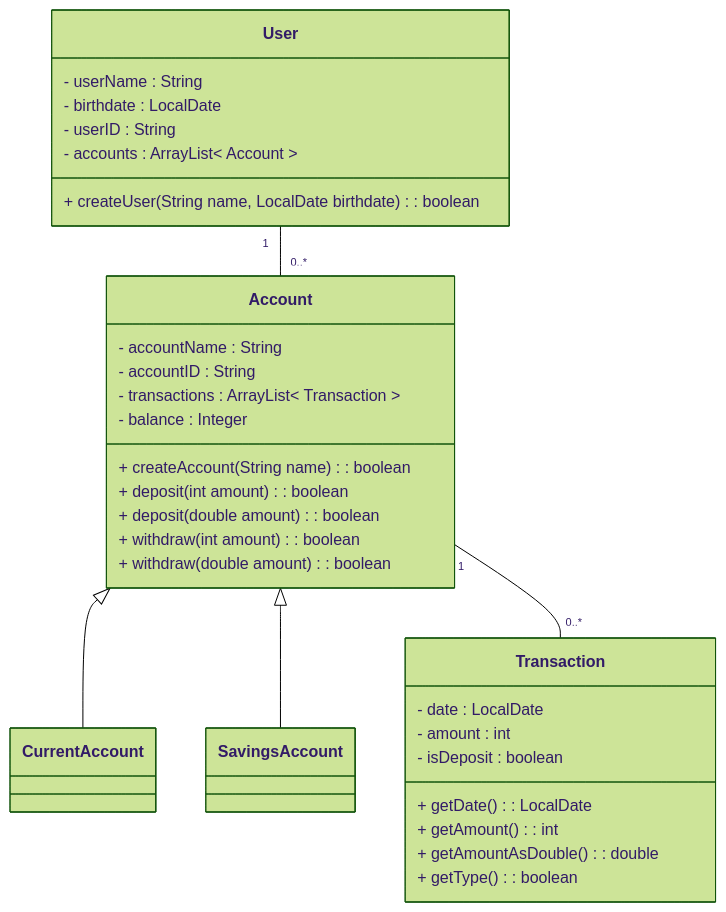
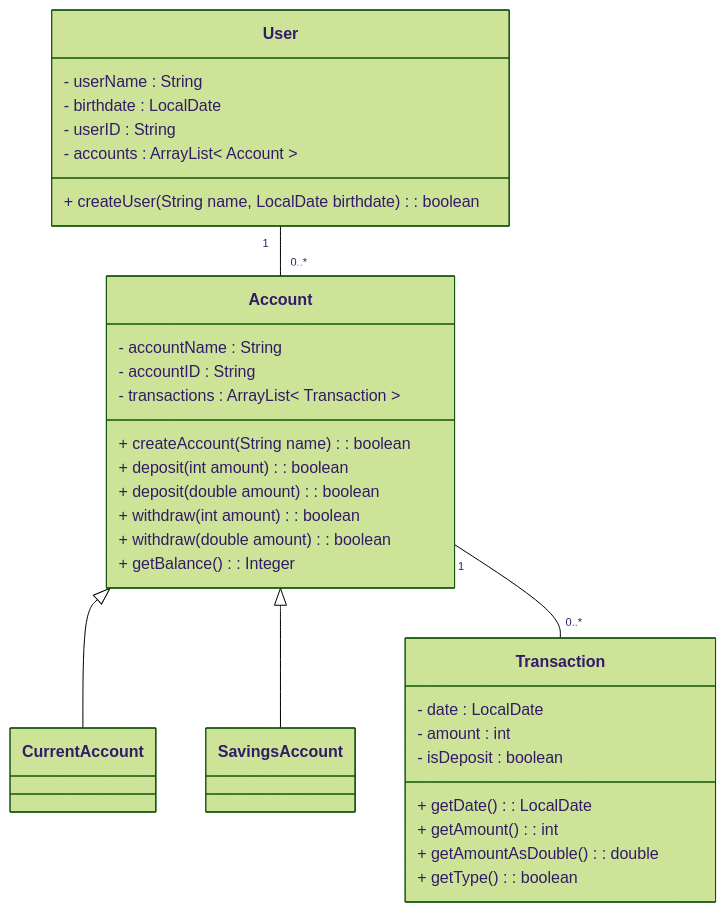
Before and after one commit to boolean-uk/java-tdd-oop-bank-challenge: the diagram in class-diagram.md, drawn with Mermaid (forest theme). The commit also changed 3 other files, not shown here.

`````diff
--- a/class-diagram.md
+++ b/class-diagram.md
@@ -1,41 +1,41 @@
 ````mermaid
 classDiagram
     class User{
         - userName : String
         - birthdate : LocalDate
         - userID : String
         - accounts : ArrayList< Account >
         + createUser(String name, LocalDate birthdate) : boolean
     }
     class Account{
         - accountName : String
         - accountID : String
         - transactions : ArrayList< Transaction >
-        - balance : Integer
         + createAccount(String name) : boolean
         + deposit(int amount) : boolean
         + deposit(double amount) : boolean
         + withdraw(int amount) : boolean
         + withdraw(double amount) : boolean
+        + getBalance() : Integer
     }
     class CurrentAccount{
         
     }
     class SavingsAccount{
         
     }
     class Transaction{
         - date : LocalDate
         - amount : int
         - isDeposit : boolean
         + getDate() : LocalDate
         + getAmount() : int
         + getAmountAsDouble() : double
         + getType() : boolean
     }
     
     Account <|-- CurrentAccount
     Account <|-- SavingsAccount
     Account "1"--"0..*" Transaction 
     User "1" -- "0..*" Account
 ````
`````
